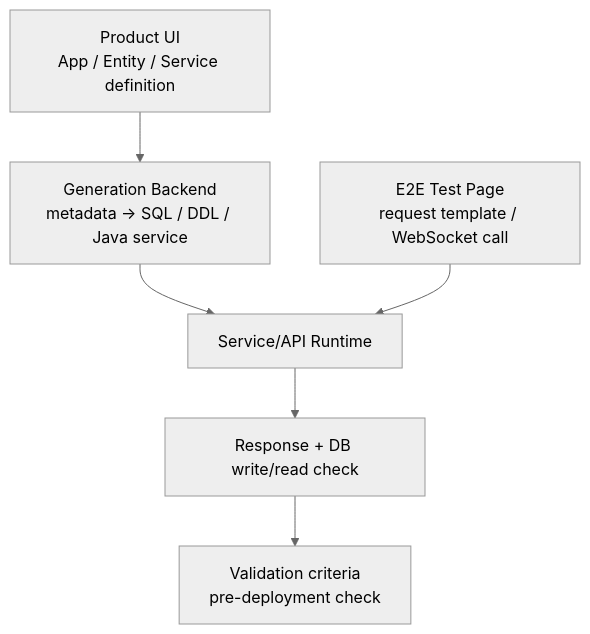
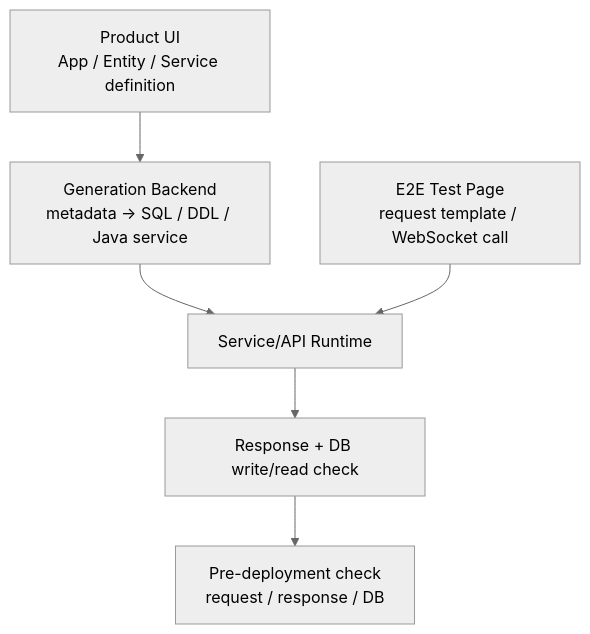
One commit to zmrdltl/portfolio changed the first of 2 diagrams in docs/experience/tmaxcloud.en.md. Above: the diagram before and after it, drawn with Mermaid (neutral theme). The commit also changed other lines of this file and 11 other files, not shown here.

````diff
--- a/docs/experience/tmaxcloud.en.md
+++ b/docs/experience/tmaxcloud.en.md
@@ -28,15 +28,15 @@
 ```mermaid
 flowchart TD
   ui["Product UI\nApp / Entity / Service definition"]
   generator["Generation Backend\nmetadata -> SQL / DDL / Java service"]
   runtime["Service/API Runtime"]
   tester["E2E Test Page\nrequest template / WebSocket call"]
   validation["Response + DB write/read check"]
-  gate["Validation criteria\npre-deployment check"]
+  gate["Pre-deployment check\nrequest / response / DB"]
 
   ui --> generator
   generator --> runtime
   tester --> runtime
   runtime --> validation
   validation --> gate
 ```
````
